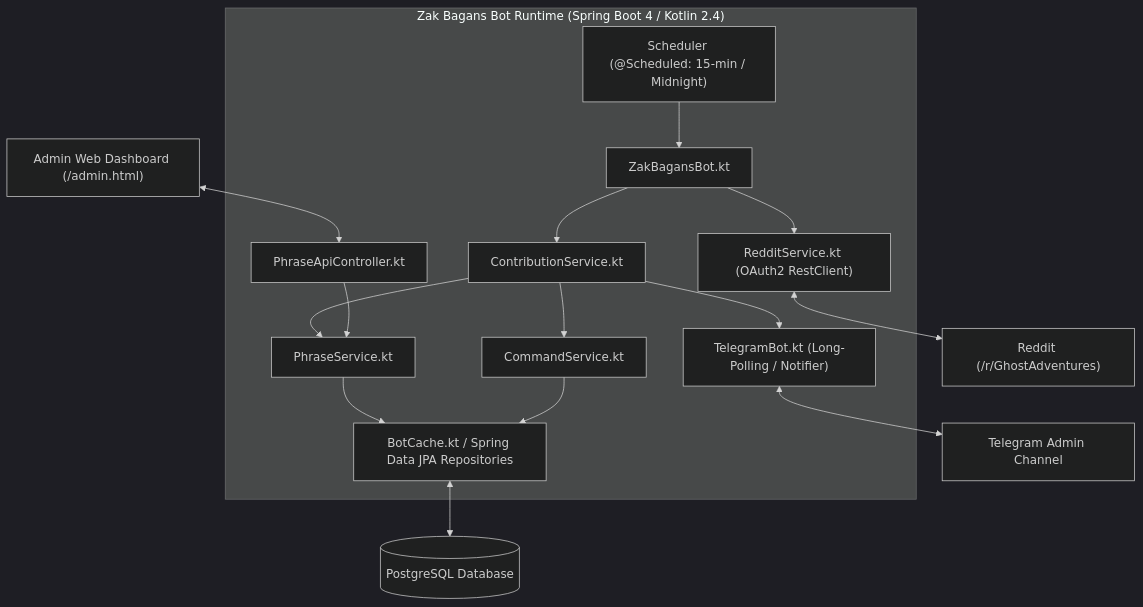
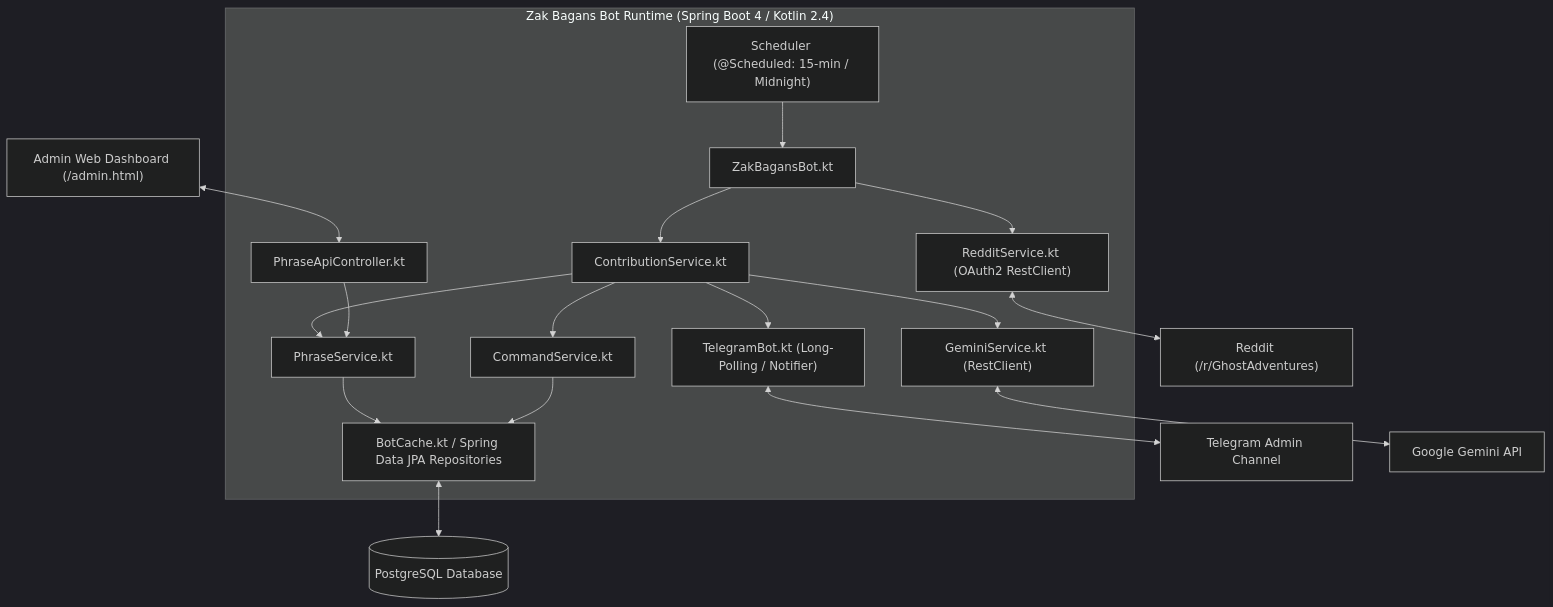
The diagram in .agents/specs/README.md (MrBean355/zak-bagans-bot), drawn with Mermaid (dark theme) before and after one commit. The commit also changed other lines of this file and 13 other files, not shown here.

````diff
--- a/.agents/specs/README.md
+++ b/.agents/specs/README.md
@@ -15,34 +15,38 @@
 ```mermaid
 graph TD
     Subreddit["Reddit (/r/GhostAdventures)"]
     Telegram["Telegram Admin Channel"]
     AdminWeb["Admin Web Dashboard (/admin.html)"]
 
     subgraph "Zak Bagans Bot Runtime (Spring Boot 4 / Kotlin 2.4)"
         Scheduler["Scheduler (@Scheduled: 15-min / Midnight)"]
         Engine["ZakBagansBot.kt"]
         ContribService["ContributionService.kt"]
+        GeminiService["GeminiService.kt (RestClient)"]
         PhraseService["PhraseService.kt"]
         CommandService["CommandService.kt"]
         RedditClient["RedditService.kt (OAuth2 RestClient)"]
         TeleBot["TelegramBot.kt (Long-Polling / Notifier)"]
         ApiCtrl["PhraseApiController.kt"]
         Cache["BotCache.kt / Spring Data JPA Repositories"]
     end
 
     DB[("PostgreSQL Database")]
+    Gemini["Google Gemini API"]
 
     Scheduler --> Engine
     Engine --> RedditClient
     Engine --> ContribService
     RedditClient <--> Subreddit
+    ContribService --> GeminiService
+    GeminiService <--> Gemini
     ContribService --> PhraseService
     ContribService --> CommandService
     ContribService --> TeleBot
     TeleBot <--> Telegram
     AdminWeb <--> ApiCtrl
     ApiCtrl --> PhraseService
     PhraseService --> Cache
     CommandService --> Cache
     Cache <--> DB
 ```
````
